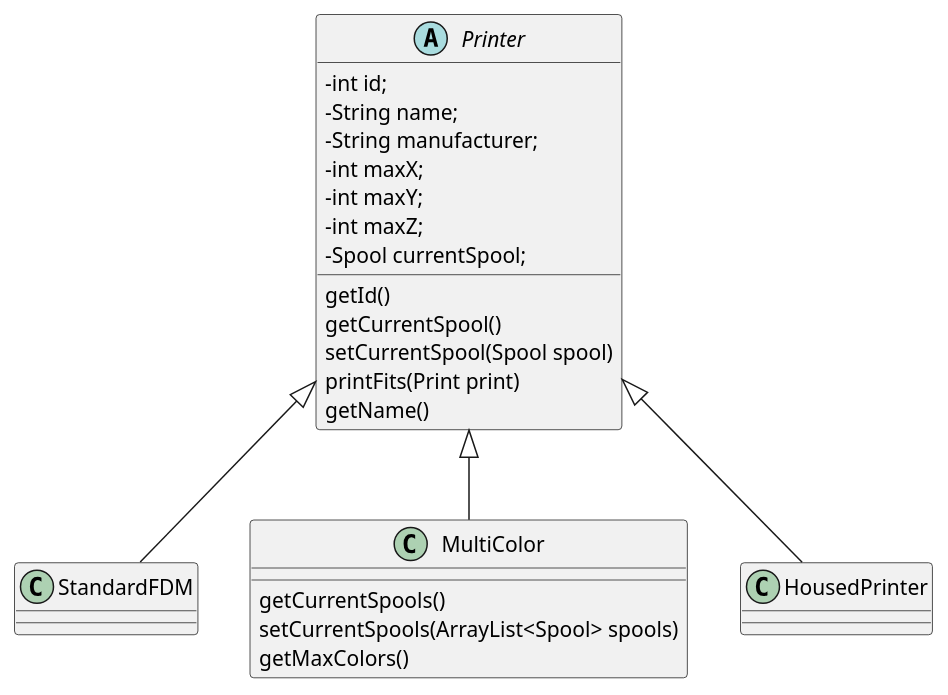
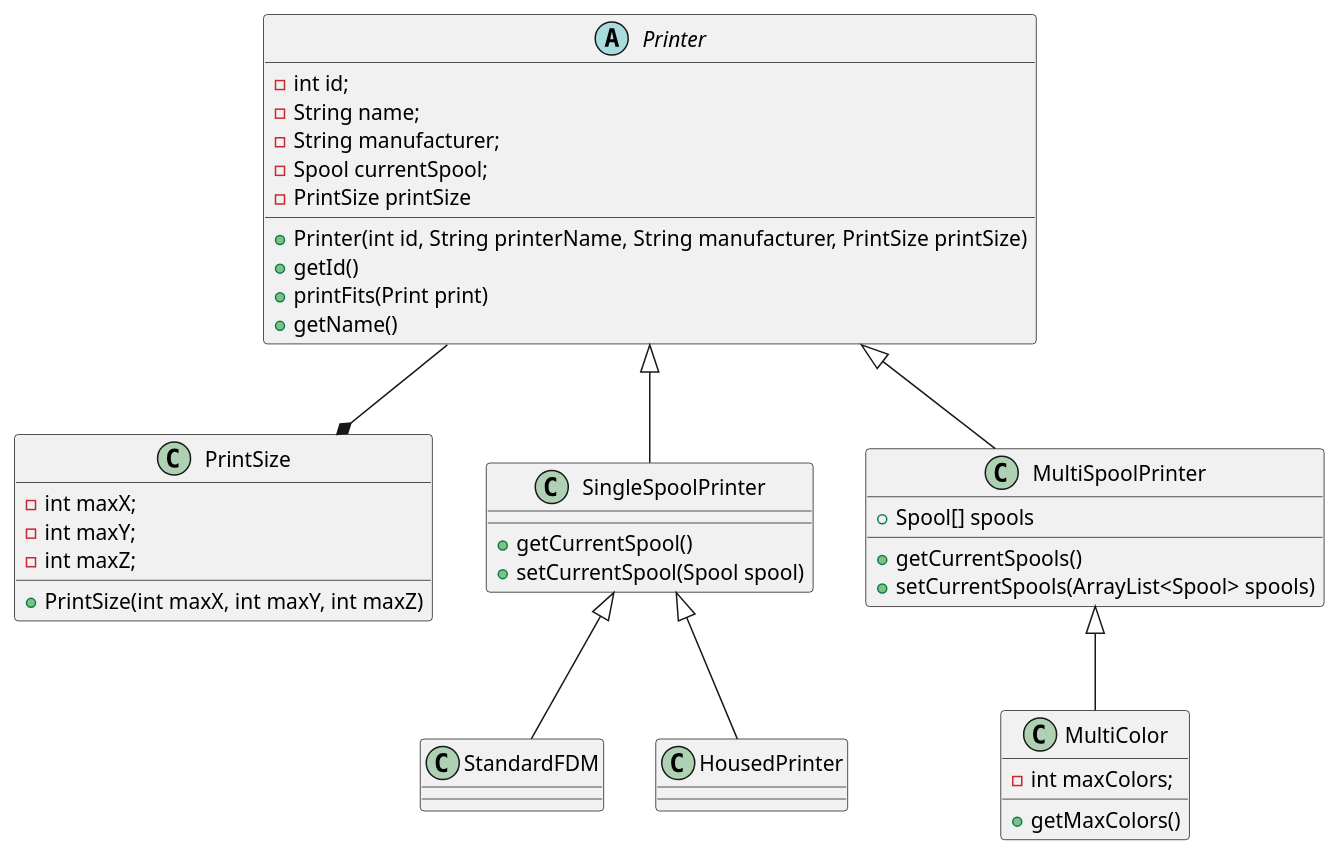
One commit to hann-xq/system-design changed the diagram in src/main/diagrams/SOLID_O-after.puml. Above: the diagram before and after it, drawn with PlantUML. The commit also changed 1 other file, not shown here.

Commit message:
Changes in diagrams Printer classes and facade

```diff
--- a/src/main/diagrams/SOLID_O-after.puml
+++ b/src/main/diagrams/SOLID_O-after.puml
@@ -1,34 +1,49 @@
 @startuml
 'https://plantuml.com/class-diagram
-skinparam classAttributeIconSize 0
+'skinparam classAttributeIconSize 0
+
+Printer --* PrintSize
 
 abstract class Printer {
     - int id;
     - String name;
     - String manufacturer;
+    - Spool currentSpool;
+    - PrintSize printSize
+
+    +Printer(int id, String printerName, String manufacturer, PrintSize printSize)
+    +getId()
+    +printFits(Print print)
+    +getName()
+}
+
+class PrintSize {
     - int maxX;
     - int maxY;
     - int maxZ;
-    - Spool currentSpool;
-
-    getId()
-    getCurrentSpool()
-    setCurrentSpool(Spool spool)
-    printFits(Print print)
-    getName()
+    +PrintSize(int maxX, int maxY, int maxZ)
 }
 
-class StandardFDM extends Printer {
-
+class SingleSpoolPrinter extends Printer {
+    +getCurrentSpool()
+    +setCurrentSpool(Spool spool)
 }
 
-class MultiColor extends Printer {
-    getCurrentSpools()
-    setCurrentSpools(ArrayList<Spool> spools)
-    getMaxColors()
+class MultiSpoolPrinter extends Printer {
+    +Spool[] spools
+    +getCurrentSpools()
+    +setCurrentSpools(ArrayList<Spool> spools)
 }
 
-class HousedPrinter extends Printer {
+class StandardFDM extends SingleSpoolPrinter {
+}
+
+class MultiColor extends MultiSpoolPrinter {
+    -int maxColors;
+    +getMaxColors()
+}
+
+class HousedPrinter extends SingleSpoolPrinter {
 }
 
 @enduml
```
